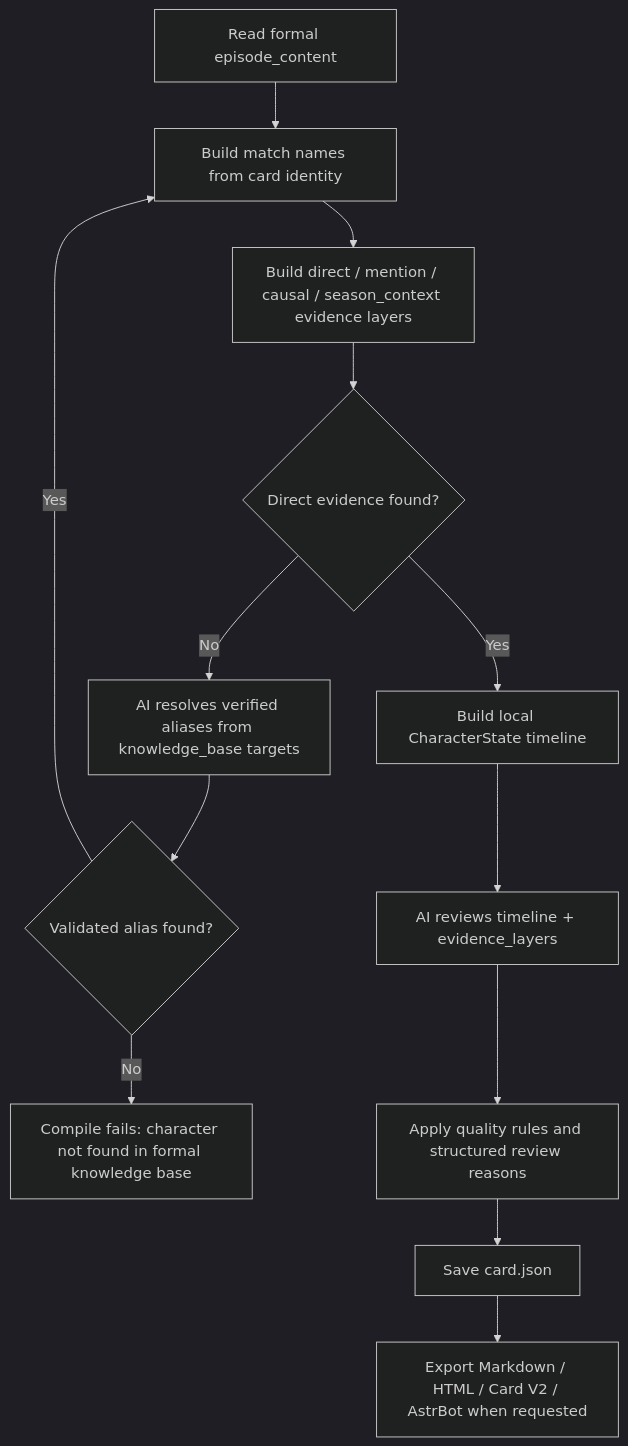
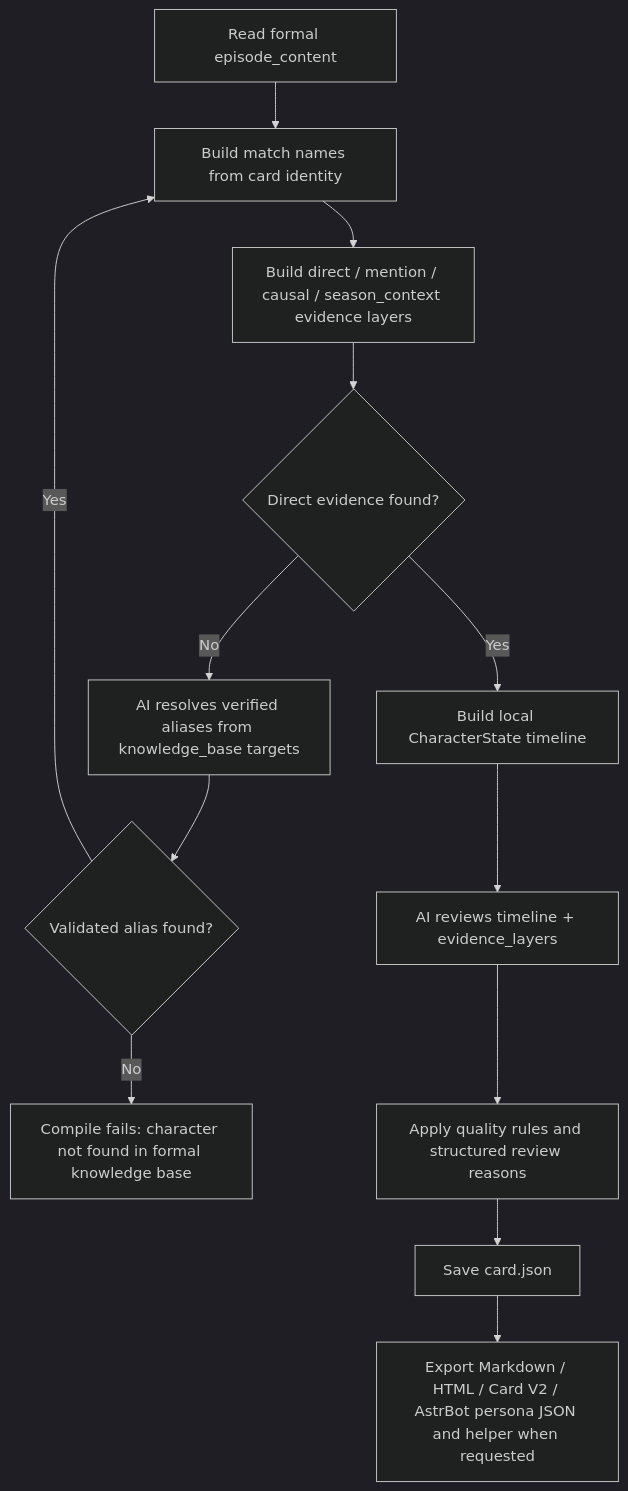
The second of 2 diagrams in docs/reference/extraction-workflow.en_US.md (yomihime/CharaPicker), drawn with Mermaid (dark theme) before and after one commit. The commit also changed other lines of this file and 24 other files, not shown here.

Commit message:
feat: add AstrBot persona JSON export

````diff
--- a/docs/reference/extraction-workflow.en_US.md
+++ b/docs/reference/extraction-workflow.en_US.md
@@ -230,15 +230,15 @@
 ```mermaid
 flowchart TD
     A[Read formal episode_content] --> B[Build match names from card identity]
     B --> C[Build direct / mention / causal / season_context evidence layers]
     C --> D{Direct evidence found?}
     D -->|No| E[AI resolves verified aliases from knowledge_base targets]
     E --> F{Validated alias found?}
     F -->|Yes| B
     F -->|No| X[Compile fails: character not found in formal knowledge base]
     D -->|Yes| G[Build local CharacterState timeline]
     G --> H[AI reviews timeline + evidence_layers]
     H --> Q[Apply quality rules and structured review reasons]
     Q --> I[Save card.json]
-    I --> J[Export Markdown / HTML / Card V2 / AstrBot when requested]
+    I --> J[Export Markdown / HTML / Card V2 / AstrBot persona JSON and helper when requested]
 ```
````
